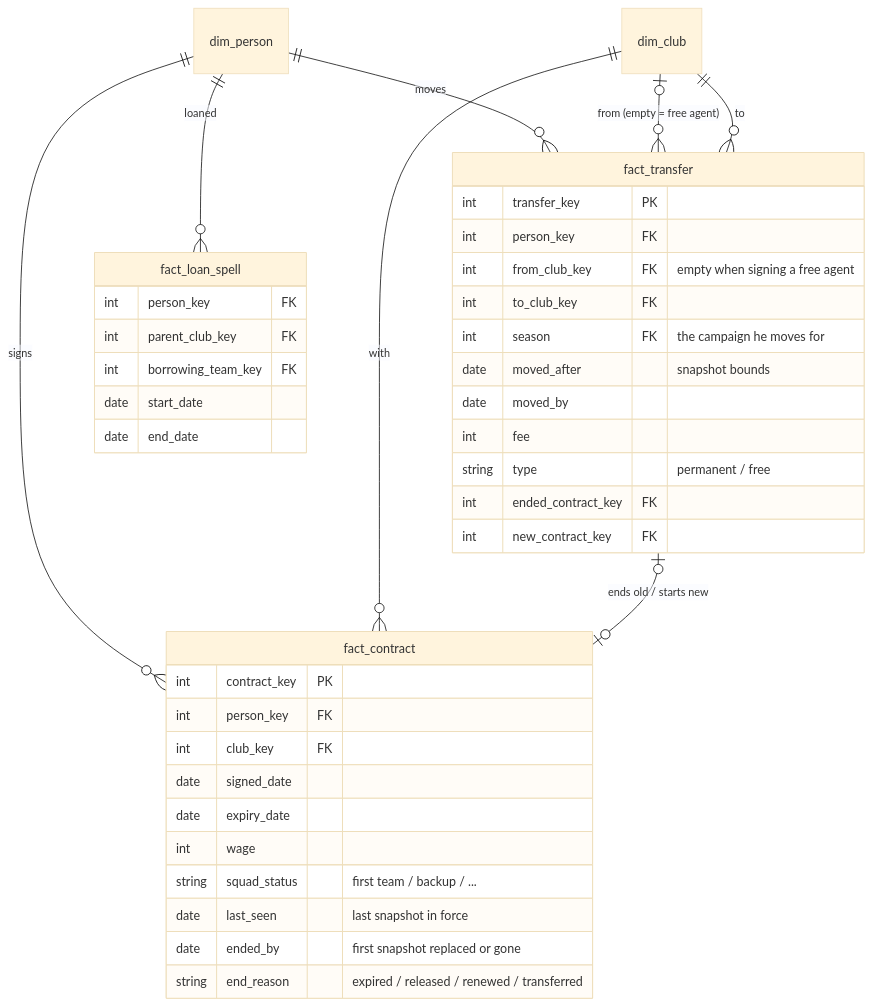
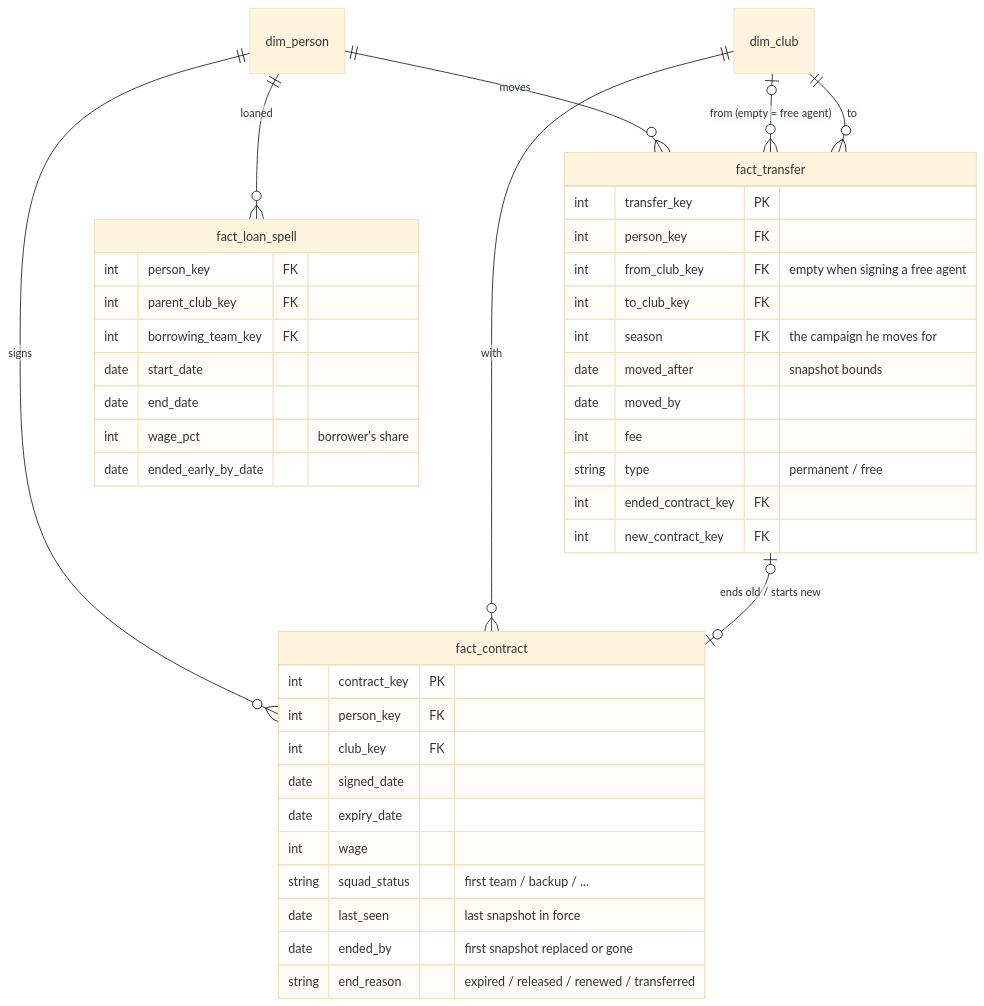
Before and after one commit to ZacHooper/fmm-stats: the diagram in docs/data-model/contract-transfer.md, drawn with Mermaid (base theme). The commit also changed other lines of this file and 21 other files, not shown here.

````diff
--- a/docs/data-model/contract-transfer.md
+++ b/docs/data-model/contract-transfer.md
@@ -11,43 +11,45 @@
 ```mermaid
 erDiagram
     dim_person      ||--o{ fact_contract : "signs"
     dim_club        ||--o{ fact_contract : "with"
     dim_person      ||--o{ fact_transfer : "moves"
     dim_club        |o--o{ fact_transfer : "from (empty = free agent)"
     dim_club        ||--o{ fact_transfer : "to"
     fact_transfer   |o--o| fact_contract : "ends old / starts new"
     dim_person      ||--o{ fact_loan_spell : "loaned"
 
     fact_contract {
         int contract_key PK
         int person_key FK
         int club_key FK
         date signed_date
         date expiry_date
         int wage
         string squad_status "first team / backup / ..."
         date last_seen "last snapshot in force"
         date ended_by "first snapshot replaced or gone"
         string end_reason "expired / released / renewed / transferred"
     }
     fact_transfer {
         int transfer_key PK
         int person_key FK
         int from_club_key FK "empty when signing a free agent"
         int to_club_key FK
         int season FK "the campaign he moves for"
         date moved_after "snapshot bounds"
         date moved_by
         int fee
         string type "permanent / free"
         int ended_contract_key FK
         int new_contract_key FK
     }
     fact_loan_spell {
         int person_key FK
         int parent_club_key FK
         int borrowing_team_key FK
         date start_date
         date end_date
+        int wage_pct "borrower's share"
+        date ended_early_by_date
     }
 ```
````
